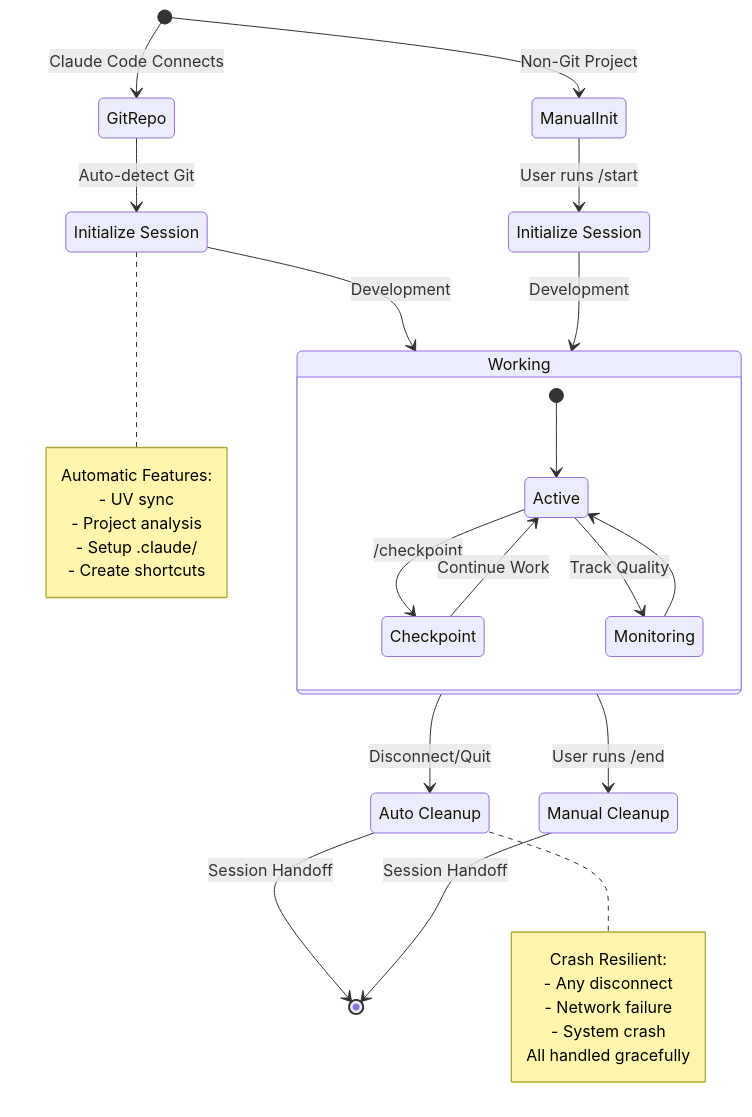
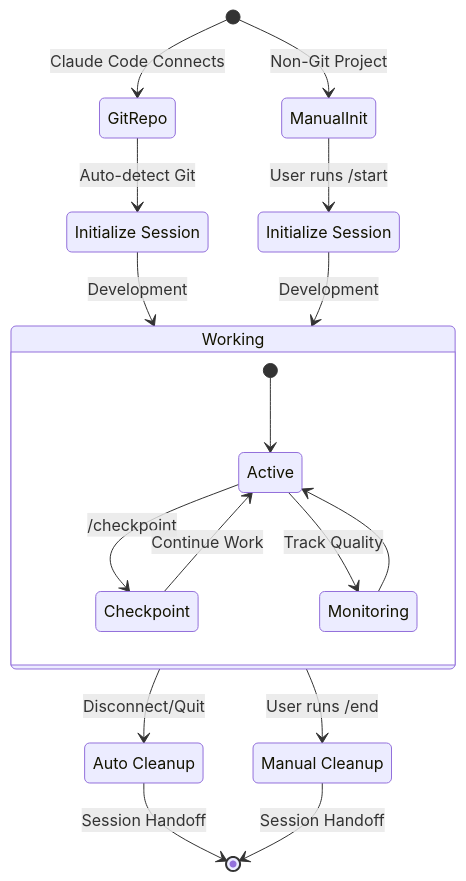
One commit to lesleslie/session-buddy changed the diagram in README.md. Above: the diagram before and after it, drawn with Mermaid. The commit also changed other lines of this file and 28 other files, not shown here.

````diff
--- a/README.md
+++ b/README.md
@@ -279,46 +105,31 @@
 ```mermaid
 stateDiagram-v2
     [*] --> GitRepo: Claude Code Connects
     [*] --> ManualInit: Non-Git Project
 
     GitRepo --> AutoStart: Auto-detect Git
     AutoStart: Initialize Session
     AutoStart --> Working: Development
 
     ManualInit --> ManualStart: User runs /start
     ManualStart: Initialize Session
     ManualStart --> Working: Development
 
     state Working {
         [*] --> Active
         Active --> Checkpoint: /checkpoint
         Checkpoint --> Active: Continue Work
         Active --> Monitoring: Track Quality
         Monitoring --> Active
     }
 
     Working --> AutoEnd: Disconnect/Quit
     Working --> ManualEnd: User runs /end
 
     AutoEnd: Auto Cleanup
     AutoEnd --> [*]: Session Handoff
 
     ManualEnd: Manual Cleanup
     ManualEnd --> [*]: Session Handoff
 
-    note right of AutoStart
-        Automatic Features:
-        - UV sync
-        - Project analysis
-        - Setup .claude/
-        - Create shortcuts
-    end note
-
-    note right of AutoEnd
-        Crash Resilient:
-        - Any disconnect
-        - Network failure
-        - System crash
-        All handled gracefully
-    end note
 ```
````
